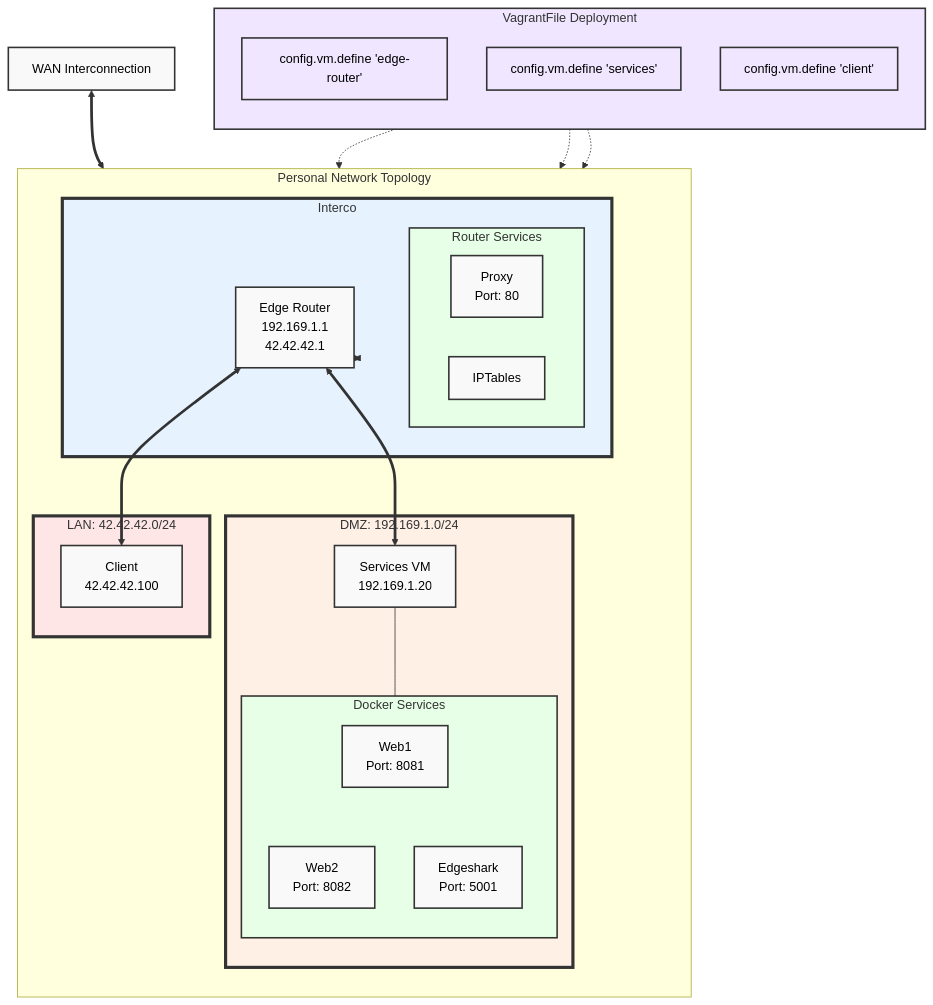
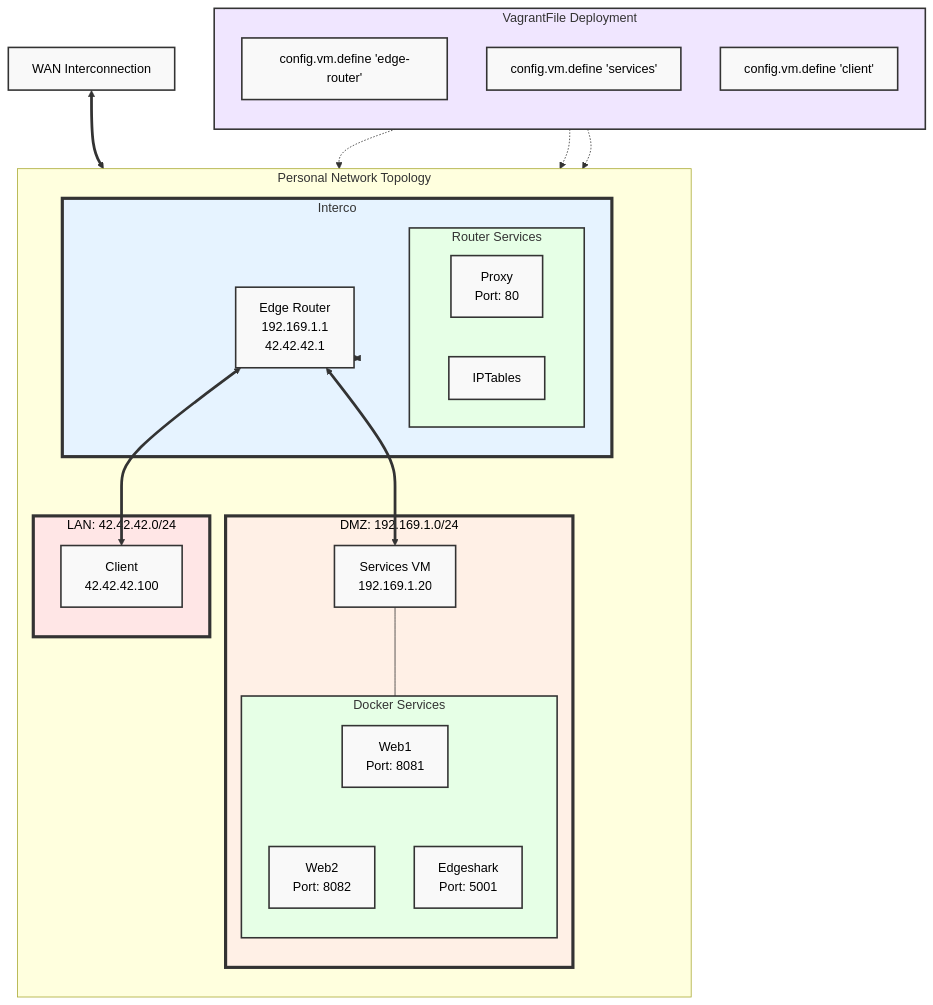
Before and after one commit to P4C-M4N/projet_reseau: the diagram in README.md, drawn with Mermaid.

````diff
--- a/README.md
+++ b/README.md
@@ -41,55 +41,58 @@
 ```mermaid
 graph TB
     subgraph VagrantFile[VagrantFile Deployment]
         direction TB
         style VagrantFile fill:#f0e6ff,stroke:#333,stroke-width:2px
         VF1["config.vm.define 'edge-router'"]
         VF2["config.vm.define 'services'"]
         VF3["config.vm.define 'client'"]
     end
 
     subgraph PersonalNetwork[Personal Network Topology]
         direction TB
         subgraph Interco[Interco]
             style Interco fill:#e6f3ff,stroke:#333,stroke-width:4px
             EdgeRouter[Edge Router<br>192.169.1.1<br>42.42.42.1]
             subgraph RouterServices[Router Services]
                 style RouterServices fill:#e6ffe6,stroke:#333,stroke-width:2px
                 NginxReverseProxy["Proxy<br>Port: 80"]
                 IPTables["IPTables"]
             end
         end
 
         subgraph DMZ[DMZ: 192.169.1.0/24]
             style DMZ fill:#fff0e6,stroke:#333,stroke-width:4px
             Services[Services VM<br>192.169.1.20]
             subgraph DockerServices[Docker Services]
                 style DockerServices fill:#e6ffe6,stroke:#333,stroke-width:2px
                 Web1["Web1<br>Port: 8081"]
                 Web2["Web2<br>Port: 8082"]
                 Edgeshark["Edgeshark<br>Port: 5001"]
             end
         end
 
         subgraph LAN[LAN: 42.42.42.0/24]
             style LAN fill:#ffe6e6,stroke:#333,stroke-width:4px
             Client[Client<br>42.42.42.100]
         end
     end
 
     WAN[WAN Interconnection]
 
     Interco <==> EdgeRouter
     EdgeRouter <==> Client
     EdgeRouter <==> Services
     Services --- DockerServices
     DockerServices --- Web1 & Web2 & Edgeshark
     VF1 -.-> EdgeRouter
     VF2 -.-> Services
     VF3 -.-> Client
     WAN <==> EdgeRouter
 
     classDef default fill:#f9f9f9,stroke:#333,stroke-width:2px,color:black;
     classDef vagrantFile fill:#f0e6ff,stroke:#333,stroke-width:2px,color:black;
-    class VF1,VF2,VF3 vagrantFile;
+    
+    %% Set specific colors for subnet labels to black
+    class DMZ default;
+    class LAN default;
 ```
````
